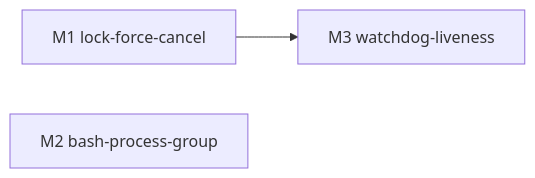
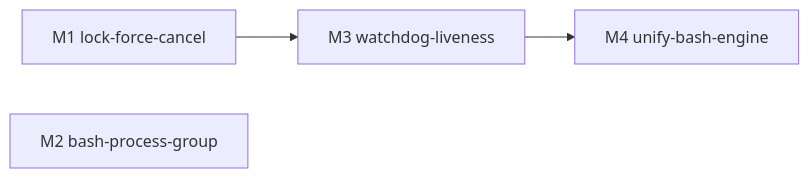
The fourth of 4 diagrams in docs/changes/bugfix-417-timeout-tool-wedges-session/design.md (Mrchen116/nano-multiagent), drawn with Mermaid before and after one commit. The commit also changed other lines of this file, not shown here.

Commit message:
docs(bugfix-417/M4): A 架构升级 — bash 引擎统一(硬化 ShellRunner+删死路 run_stream)，根因取证+决策8/9+双产品回归闸

````diff
--- a/docs/changes/bugfix-417-timeout-tool-wedges-session/design.md
+++ b/docs/changes/bugfix-417-timeout-tool-wedges-session/design.md
@@ -274,5 +322,6 @@
 ```mermaid
 graph LR
   M1[M1 lock-force-cancel] --> M3[M3 watchdog-liveness]
   M2[M2 bash-process-group]
+  M3 --> M4[M4 unify-bash-engine]
 ```
````
